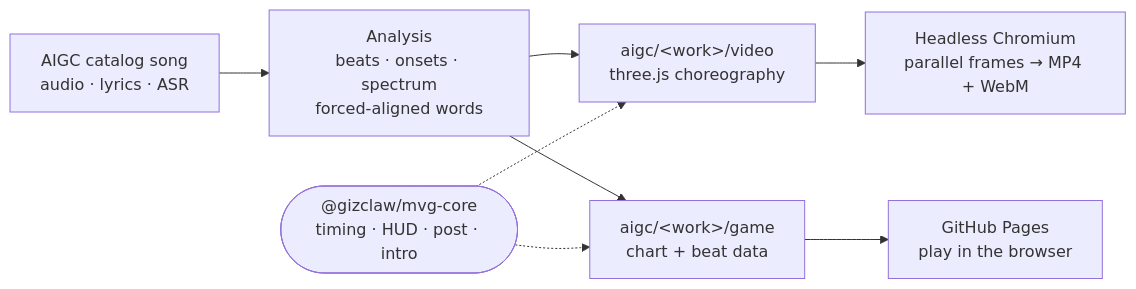
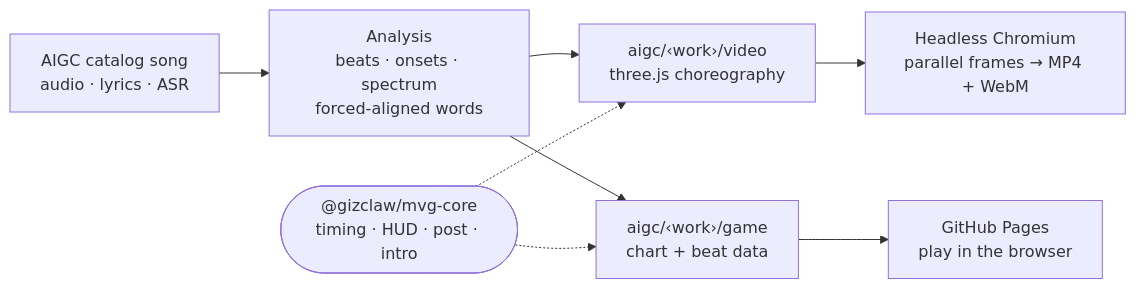
One commit to GizClaw/music-video-games changed the diagram in README.md. Above: the diagram before and after it, drawn with Mermaid.

Commit message:
Use a sanitizer-safe work placeholder in README diagram

````diff
--- a/README.md
+++ b/README.md
@@ -67,10 +67,10 @@
 ```mermaid
 flowchart LR
   song["AIGC catalog song<br/>audio · lyrics · ASR"] --> analysis["Analysis<br/>beats · onsets · spectrum<br/>forced-aligned words"]
-  analysis --> video["aigc/#lt;work#gt;/video<br/>three.js choreography"]
-  analysis --> game["aigc/#lt;work#gt;/game<br/>chart + beat data"]
+  analysis --> video["aigc/‹work›/video<br/>three.js choreography"]
+  analysis --> game["aigc/‹work›/game<br/>chart + beat data"]
   core(["@gizclaw/mvg-core<br/>timing · HUD · post · intro"]) -.-> video
   core -.-> game
   video --> render["Headless Chromium<br/>parallel frames → MP4 + WebM"]
   game --> pages["GitHub Pages<br/>play in the browser"]
 ```
````
